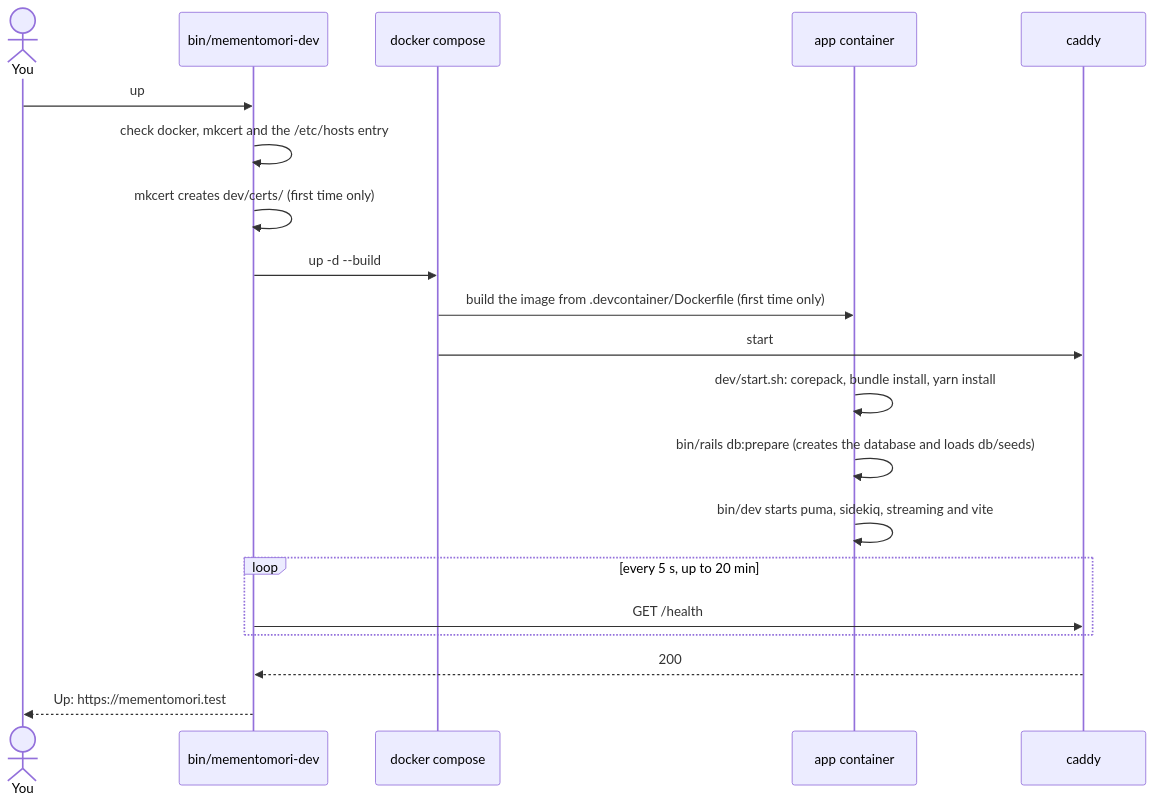
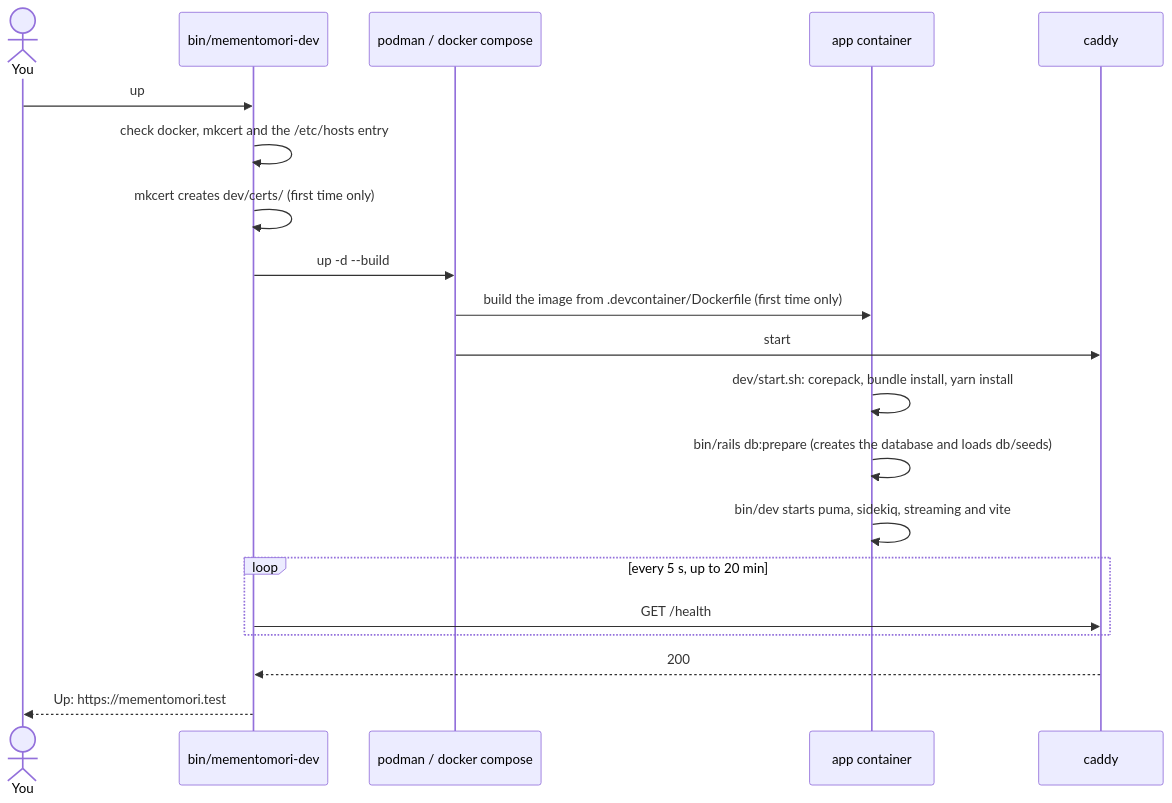
The third of 4 diagrams in dev/README.md (mementomori-social/mastodon), drawn with Mermaid before and after one commit. The commit also changed other lines of this file and 4 other files, not shown here.

````diff
--- a/dev/README.md
+++ b/dev/README.md
@@ -76,23 +76,23 @@
 ```mermaid
 sequenceDiagram
   actor You
   participant Script as bin/mementomori-dev
-  participant Compose as docker compose
+  participant Compose as podman / docker compose
   participant App as app container
   participant Caddy as caddy
 
   You->>Script: up
   Script->>Script: check docker, mkcert and the /etc/hosts entry
   Script->>Script: mkcert creates dev/certs/ (first time only)
   Script->>Compose: up -d --build
   Compose->>App: build the image from .devcontainer/Dockerfile (first time only)
   Compose->>Caddy: start
   App->>App: dev/start.sh: corepack, bundle install, yarn install
   App->>App: bin/rails db:prepare (creates the database and loads db/seeds)
   App->>App: bin/dev starts puma, sidekiq, streaming and vite
   loop every 5 s, up to 20 min
     Script->>Caddy: GET /health
   end
   Caddy-->>Script: 200
   Script-->>You: Up: https://mementomori.test
 ```
````
